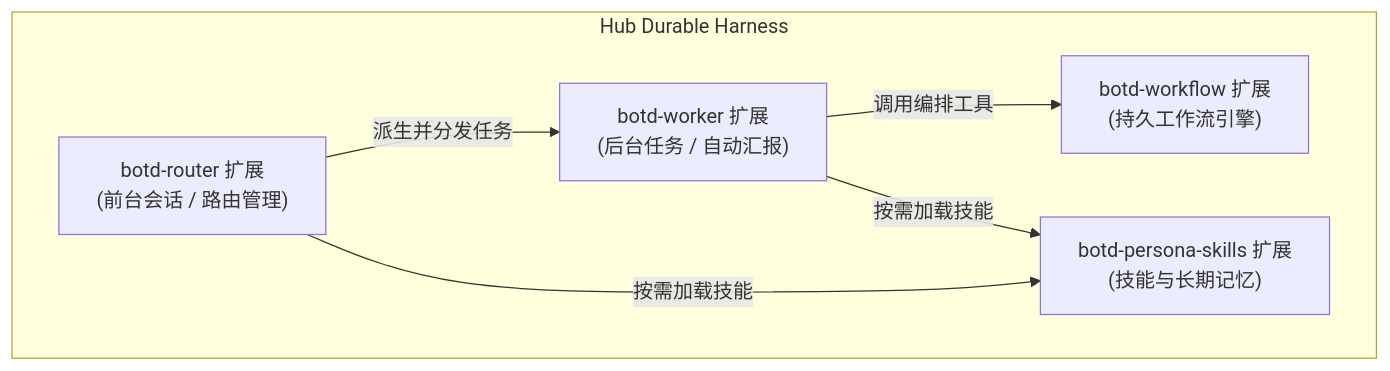
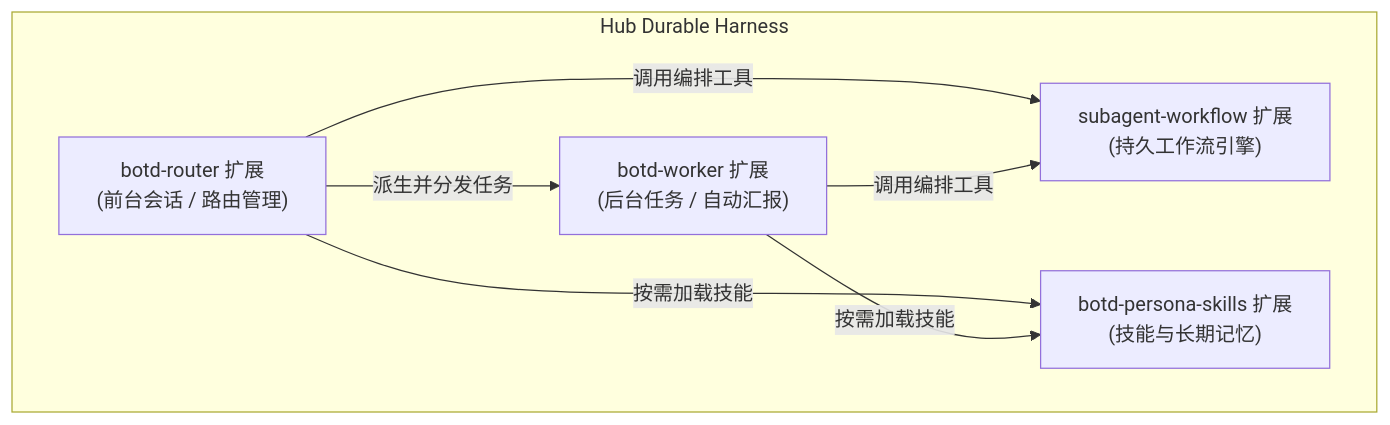
One commit to team4u/botd changed the diagram in docs/extensions.md. Above: the diagram before and after it, drawn with Mermaid. The commit also changed other lines of this file and 21 other files, not shown here.

````diff
--- a/docs/extensions.md
+++ b/docs/extensions.md
@@ -21,13 +21,13 @@
 ```mermaid
 flowchart TD
     subgraph Hub["Hub Durable Harness"]
         RouterExt["botd-router 扩展<br/>(前台会话 / 路由管理)"]
         WorkerExt["botd-worker 扩展<br/>(后台任务 / 自动汇报)"]
-        WorkflowExt["botd-workflow 扩展<br/>(持久工作流引擎)"]
+        WorkflowExt["subagent-workflow 扩展<br/>(持久工作流引擎)"]
         PersonaExt["botd-persona-skills 扩展<br/>(技能与长期记忆)"]
     end
 
     RouterExt -->|"派生并分发任务"| WorkerExt
-    WorkerExt -->|"调用编排工具"| WorkflowExt
+    RouterExt & WorkerExt -->|"调用编排工具"| WorkflowExt
     RouterExt & WorkerExt -->|"按需加载技能"| PersonaExt
 ```
````
